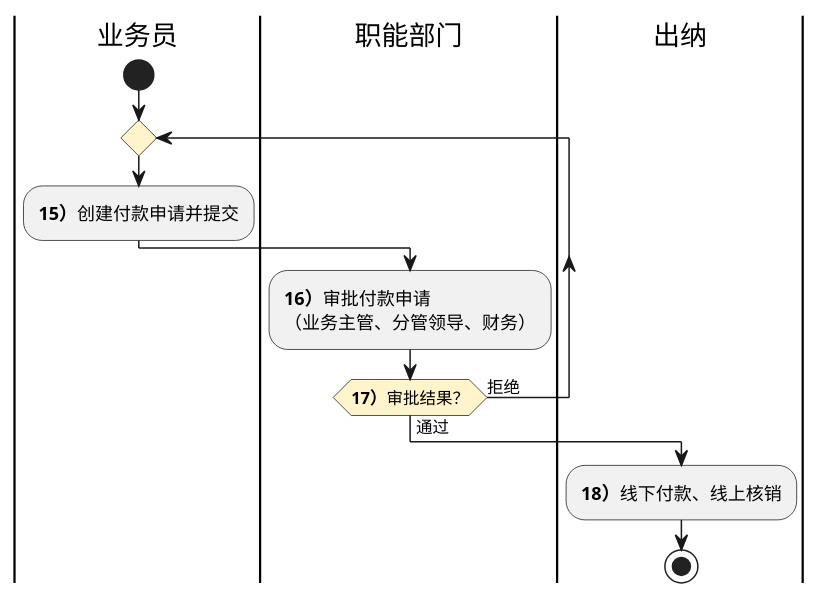
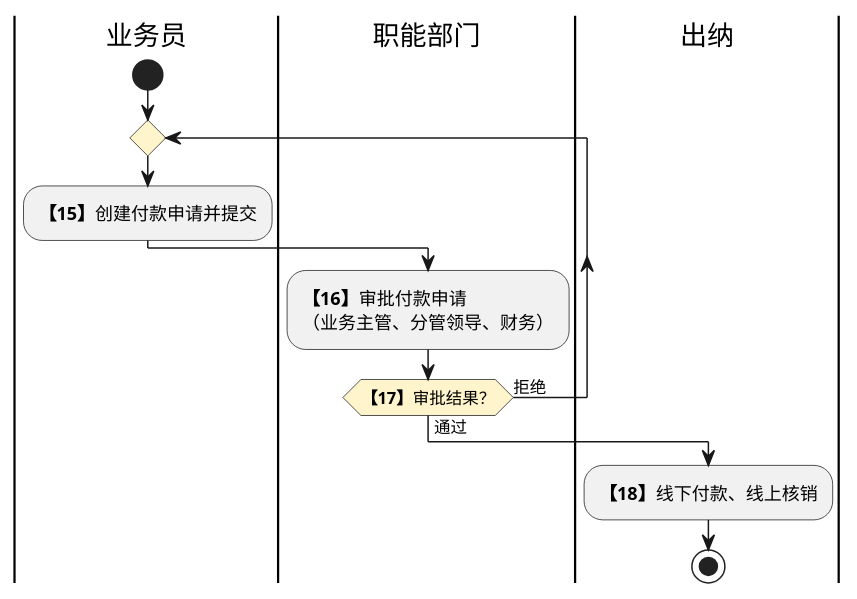
Before and after one commit to jack888332/projects-doc: the fourth of 4 diagrams in product-caliber/goldjet/segmented-prd/PRD.高捷物流系统一期.第022篇.财务基础与结算流程.40E841D3A6.md, drawn with PlantUML. The commit also changed other lines of this file and 12 other files, not shown here.

Commit message:
完善DSL图

````diff
--- a/product-caliber/goldjet/segmented-prd/PRD.高捷物流系统一期.第022篇.财务基础与结算流程.40E841D3A6.md
+++ b/product-caliber/goldjet/segmented-prd/PRD.高捷物流系统一期.第022篇.财务基础与结算流程.40E841D3A6.md
@@ -196,16 +212,16 @@
 ```plantuml
 @startuml goldjet-022-payment-approval
 skinparam activityDiamondBackgroundColor #FFF4CC
 |业务员|
 start
 repeat
   |业务员|
-  :**15）**创建付款申请并提交;
+  :**【15】**创建付款申请并提交;
   |职能部门|
-  :**16）**审批付款申请\n（业务主管、分管领导、财务）;
-repeat while (**17）**审批结果？) is (拒绝) not (通过)
+  :**【16】**审批付款申请\n（业务主管、分管领导、财务）;
+repeat while (**【17】**审批结果？) is (拒绝) not (通过)
 |出纳|
-:**18）**线下付款、线上核销;
+:**【18】**线下付款、线上核销;
 stop
 @enduml
 ```
````
